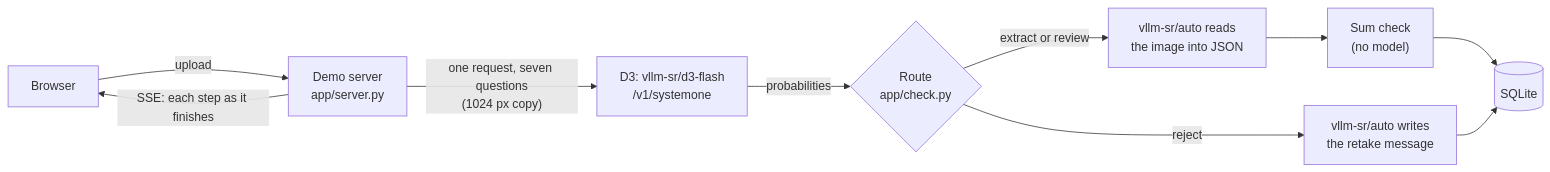
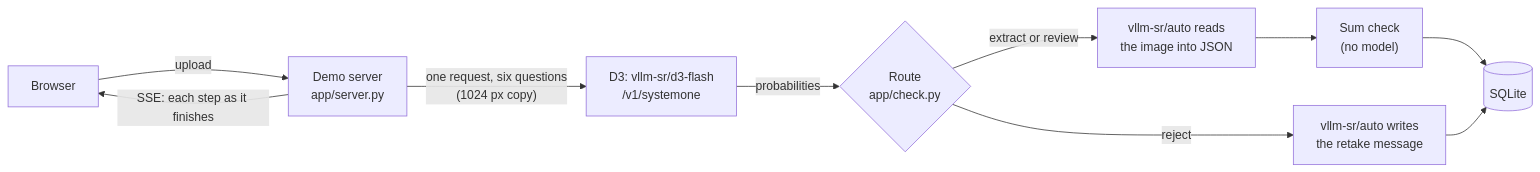
Before and after one commit to madhusoodhans/receipt-validator-demo: the diagram in README.md, drawn with Mermaid. The commit also changed other lines of this file and 22 other files, not shown here.

````diff
--- a/README.md
+++ b/README.md
@@ -18,11 +18,11 @@
 ```mermaid
 flowchart LR
     B["Browser"] -->|upload| S["Demo server<br/>app/server.py"]
-    S -->|"one request, seven questions<br/>(1024 px copy)"| D3["D3: vllm-sr/d3-flash<br/>/v1/systemone"]
+    S -->|"one request, six questions<br/>(1024 px copy)"| D3["D3: vllm-sr/d3-flash<br/>/v1/systemone"]
     D3 -->|probabilities| R{"Route<br/>app/check.py"}
     R -->|"extract or review"| X["vllm-sr/auto reads<br/>the image into JSON"]
     R -->|reject| M["vllm-sr/auto writes<br/>the retake message"]
     X --> SUM["Sum check<br/>(no model)"] --> DB[("SQLite")]
     M --> DB
     S -->|"SSE: each step as it finishes"| B
 ```
````
